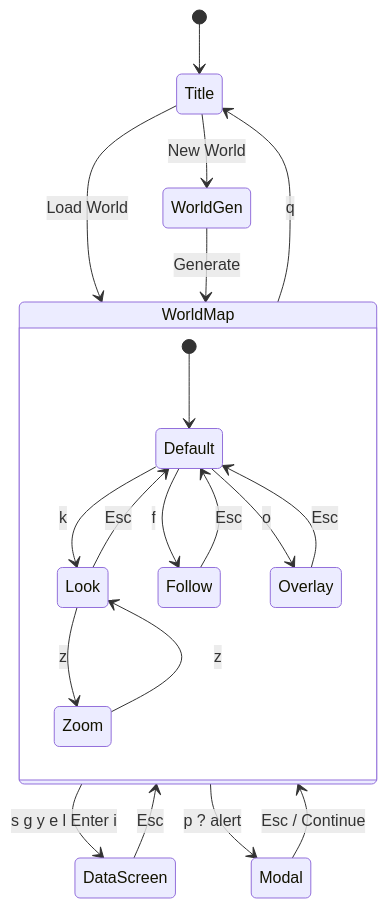
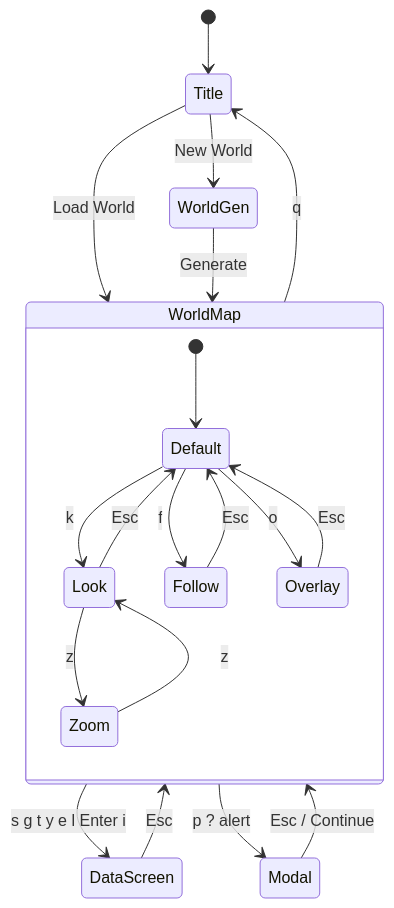
Before and after one commit to sbayer55/sim-fortress: the second of 2 diagrams in docs/screens/README.md, drawn with Mermaid. The commit also changed other lines of this file and 28 other files, not shown here.

````diff
--- a/docs/screens/README.md
+++ b/docs/screens/README.md
@@ -128,23 +132,23 @@
 ```mermaid
 stateDiagram-v2
     [*] --> Title
     Title --> WorldGen : New World
     Title --> WorldMap : Load World
     WorldGen --> WorldMap : Generate
     state WorldMap {
         [*] --> Default
         Default --> Look : k
         Look --> Default : Esc
         Default --> Follow : f
         Follow --> Default : Esc
         Default --> Overlay : o
         Overlay --> Default : Esc
         Look --> Zoom : z
         Zoom --> Look : z
     }
-    WorldMap --> DataScreen : s g y e l Enter i
+    WorldMap --> DataScreen : s g t y e l Enter i
     DataScreen --> WorldMap : Esc
     WorldMap --> Modal : p ? alert
     Modal --> WorldMap : Esc / Continue
     WorldMap --> Title : q
 ```
````
